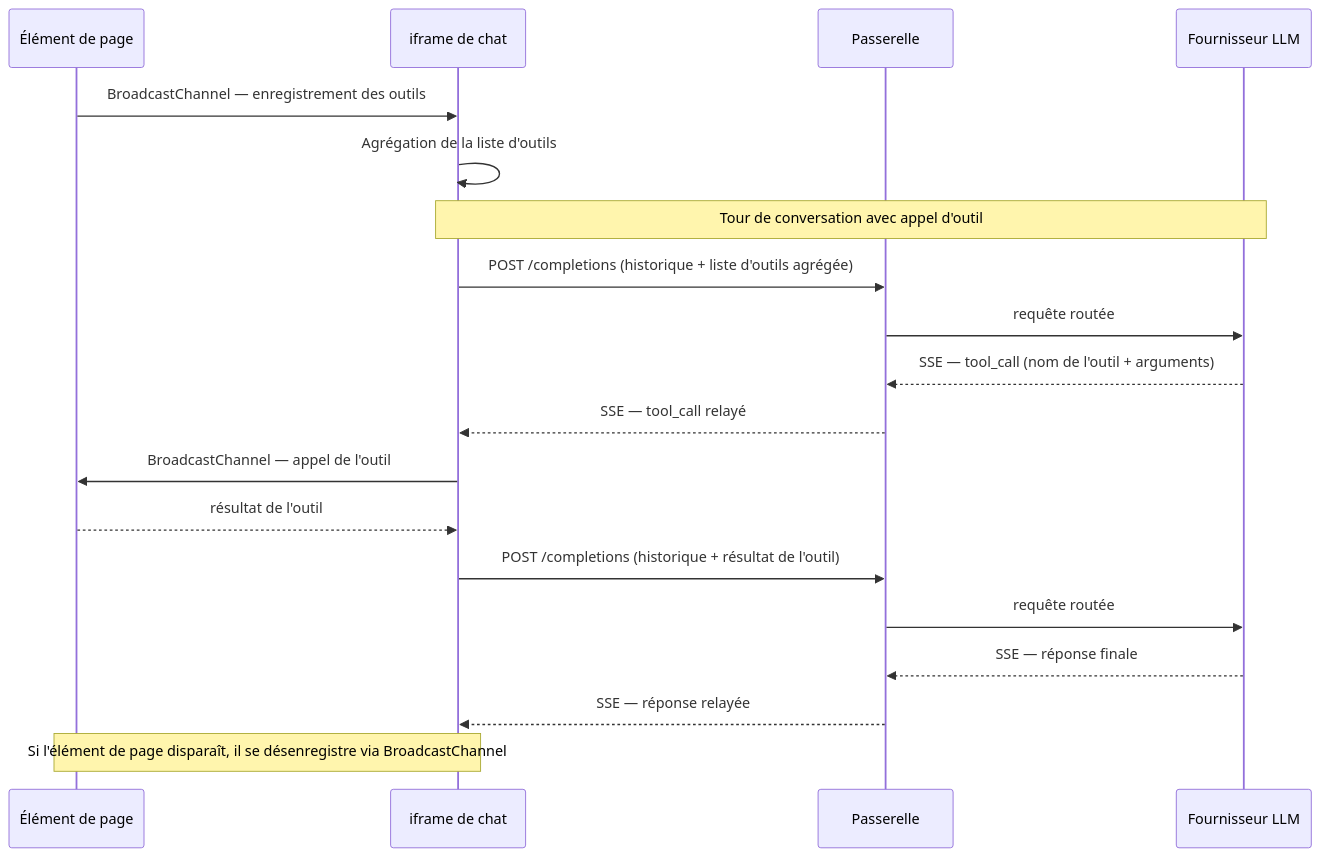
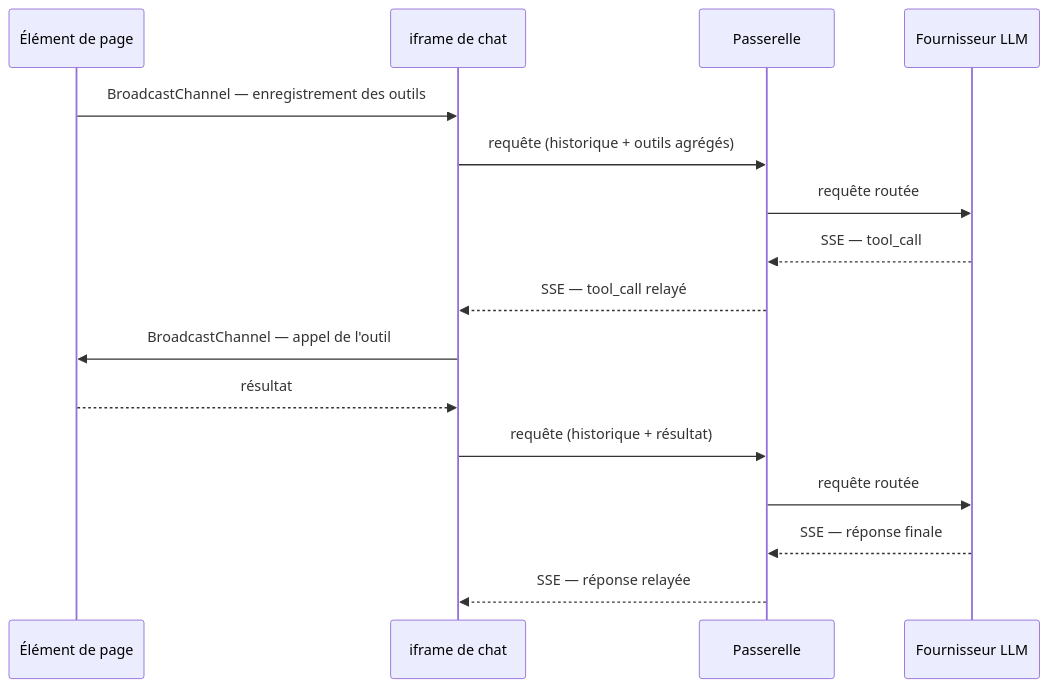
The second of 2 diagrams in docs/presentation-fr/03-protocoles.md (data-fair/agents), drawn with Mermaid before and after one commit. The commit also changed other lines of this file and 5 other files, not shown here.

````diff
--- a/docs/presentation-fr/03-protocoles.md
+++ b/docs/presentation-fr/03-protocoles.md
@@ -88,24 +33,19 @@
 ```mermaid
 sequenceDiagram
     participant EP as Élément de page
     participant IF as iframe de chat
     participant G as Passerelle
     participant F as Fournisseur LLM
 
     EP->>IF: BroadcastChannel — enregistrement des outils
-    IF->>IF: Agrégation de la liste d'outils
-
-    Note over IF,F: Tour de conversation avec appel d'outil
-    IF->>G: POST /completions (historique + liste d'outils agrégée)
+    IF->>G: requête (historique + outils agrégés)
     G->>F: requête routée
-    F-->>G: SSE — tool_call (nom de l'outil + arguments)
+    F-->>G: SSE — tool_call
     G-->>IF: SSE — tool_call relayé
     IF->>EP: BroadcastChannel — appel de l'outil
-    EP-->>IF: résultat de l'outil
-    IF->>G: POST /completions (historique + résultat de l'outil)
+    EP-->>IF: résultat
+    IF->>G: requête (historique + résultat)
     G->>F: requête routée
     F-->>G: SSE — réponse finale
     G-->>IF: SSE — réponse relayée
-
-    Note over EP,IF: Si l'élément de page disparaît, il se désenregistre via BroadcastChannel
 ```
````
